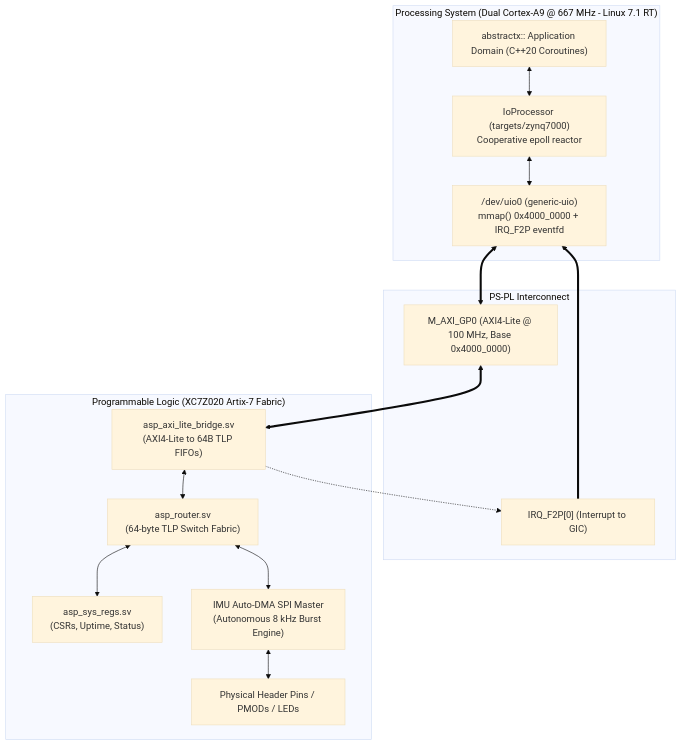
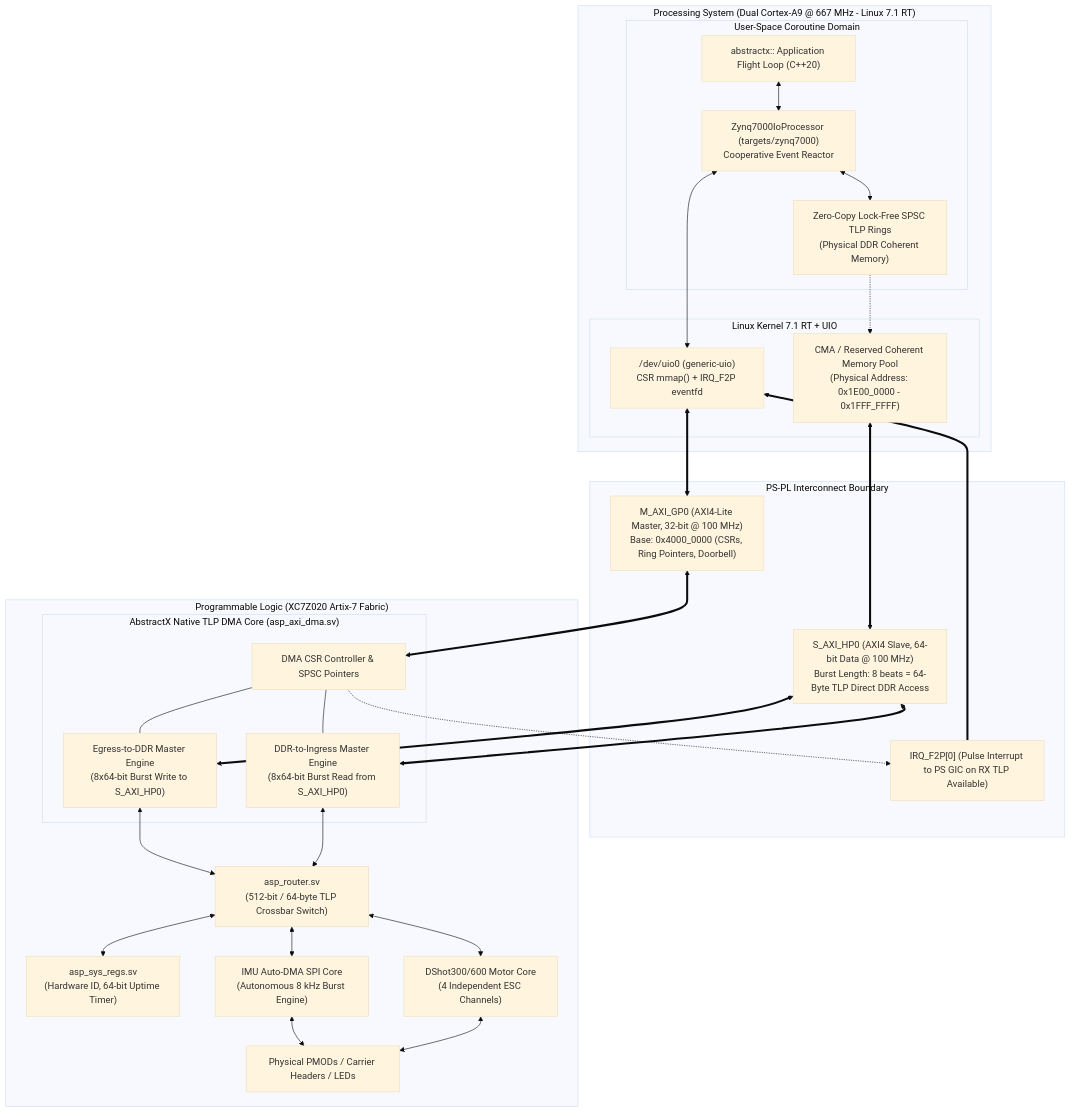
One commit to tcmichals/AbstractX changed the first of 2 diagrams in hw/qmtech_zynq7020/SPECIFICATION.md. Above: the diagram before and after it, drawn with Mermaid (base theme). The commit also changed other lines of this file and 4 other files, not shown here.

Commit message:
zynq7000: implement custom native 64-byte TLP AXI DMA engine and architecture spec

````diff
--- a/hw/qmtech_zynq7020/SPECIFICATION.md
+++ b/hw/qmtech_zynq7020/SPECIFICATION.md
@@ -14,34 +28,60 @@
 ```mermaid
 flowchart TB
     subgraph PS ["Processing System (Dual Cortex-A9 @ 667 MHz - Linux 7.1 RT)"]
-        App["abstractx:: Application Domain (C++20 Coroutines)"]
-        IoProc["IoProcessor (targets/zynq7000)<br/>Cooperative epoll reactor"]
-        UIO["/dev/uio0 (generic-uio)<br/>mmap() 0x4000_0000 + IRQ_F2P eventfd"]
+        subgraph UserSpace ["User-Space Coroutine Domain"]
+            App["abstractx:: Application Flight Loop (C++20)"]
+            IoProc["Zynq7000IoProcessor (targets/zynq7000)<br/>Cooperative Event Reactor"]
+            RingBuf["Zero-Copy Lock-Free SPSC TLP Rings<br/>(Physical DDR Coherent Memory)"]
+            
+            App <--> IoProc
+            IoProc <--> RingBuf
+        end
         
-        App <--> IoProc
-        IoProc <--> UIO
+        subgraph LinuxKernel ["Linux Kernel 7.1 RT + UIO"]
+            UIO["/dev/uio0 (generic-uio)<br/>CSR mmap() + IRQ_F2P eventfd"]
+            CMA["CMA / Reserved Coherent Memory Pool<br/>(Physical Address: 0x1E00_0000 - 0x1FFF_FFFF)"]
+            
+            IoProc <--> UIO
+            RingBuf -.-> CMA
+        end
     end
 
-    subgraph AXI_Boundary ["PS-PL Interconnect"]
-        AXI_GP["M_AXI_GP0 (AXI4-Lite @ 100 MHz, Base 0x4000_0000)"]
-        IRQ_LINE["IRQ_F2P[0] (Interrupt to GIC)"]
+    subgraph AXI_Boundary ["PS-PL Interconnect Boundary"]
+        AXI_GP0["M_AXI_GP0 (AXI4-Lite Master, 32-bit @ 100 MHz)<br/>Base: 0x4000_0000 (CSRs, Ring Pointers, Doorbell)"]
+        AXI_HP0["S_AXI_HP0 (AXI4 Slave, 64-bit Data @ 100 MHz)<br/>Burst Length: 8 beats = 64-Byte TLP Direct DDR Access"]
+        IRQ_LINE["IRQ_F2P[0] (Pulse Interrupt to PS GIC on RX TLP Available)"]
     end
 
     subgraph PL ["Programmable Logic (XC7Z020 Artix-7 Fabric)"]
-        Bridge["asp_axi_lite_bridge.sv<br/>(AXI4-Lite to 64B TLP FIFOs)"]
-        Router["asp_router.sv<br/>(64-byte TLP Switch Fabric)"]
-        SysRegs["asp_sys_regs.sv<br/>(CSRs, Uptime, Status)"]
-        ImuEngine["IMU Auto-DMA SPI Master<br/>(Autonomous 8 kHz Burst Engine)"]
-        Pins["Physical Header Pins / PMODs / LEDs"]
+        subgraph DMA_Engine ["AbstractX Native TLP DMA Core (asp_axi_dma.sv)"]
+            CsrCtrl["DMA CSR Controller & SPSC Pointers"]
+            RxDma["Egress-to-DDR Master Engine<br/>(8x64-bit Burst Write to S_AXI_HP0)"]
+            TxDma["DDR-to-Ingress Master Engine<br/>(8x64-bit Burst Read from S_AXI_HP0)"]
+            
+            CsrCtrl --- RxDma
+            CsrCtrl --- TxDma
+        end
 
-        Bridge <--> Router
+        Router["asp_router.sv<br/>(512-bit / 64-byte TLP Crossbar Switch)"]
+        SysRegs["asp_sys_regs.sv<br/>(Hardware ID, 64-bit Uptime Timer)"]
+        ImuEngine["IMU Auto-DMA SPI Core<br/>(Autonomous 8 kHz Burst Engine)"]
+        Dshot["DShot300/600 Motor Core<br/>(4 Independent ESC Channels)"]
+        Pins["Physical PMODs / Carrier Headers / LEDs"]
+
+        RxDma <--> Router
+        TxDma <--> Router
         Router <--> SysRegs
         Router <--> ImuEngine
+        Router <--> Dshot
         ImuEngine <--> Pins
+        Dshot <--> Pins
     end
 
-    UIO <==> AXI_GP
+    UIO <==> AXI_GP0
+    AXI_GP0 <==> CsrCtrl
+    CMA <==> AXI_HP0
+    AXI_HP0 <==> RxDma
+    AXI_HP0 <==> TxDma
+    CsrCtrl -.-> IRQ_LINE
     IRQ_LINE ==> UIO
-    AXI_GP <==> Bridge
-    Bridge -.-> IRQ_LINE
 ```
````
